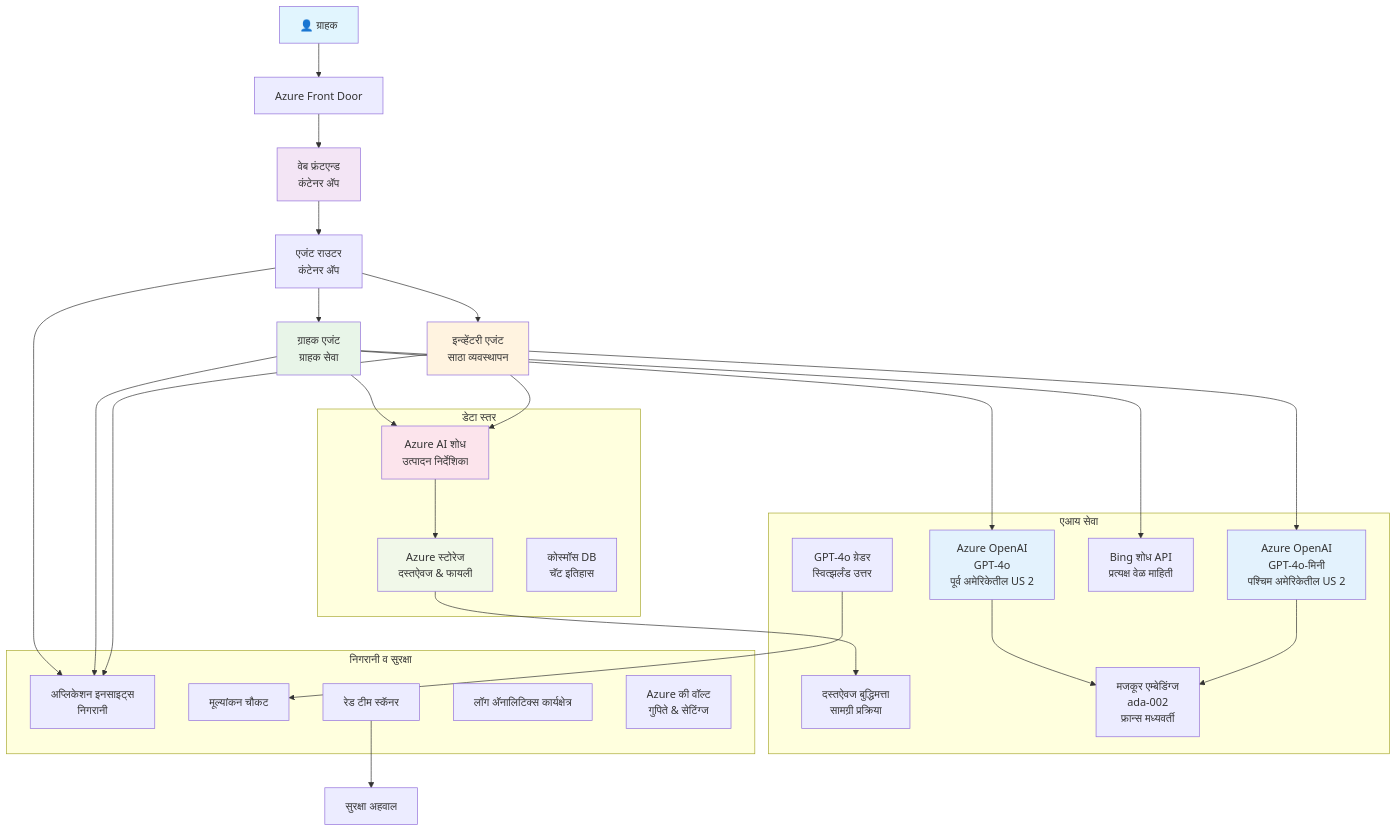
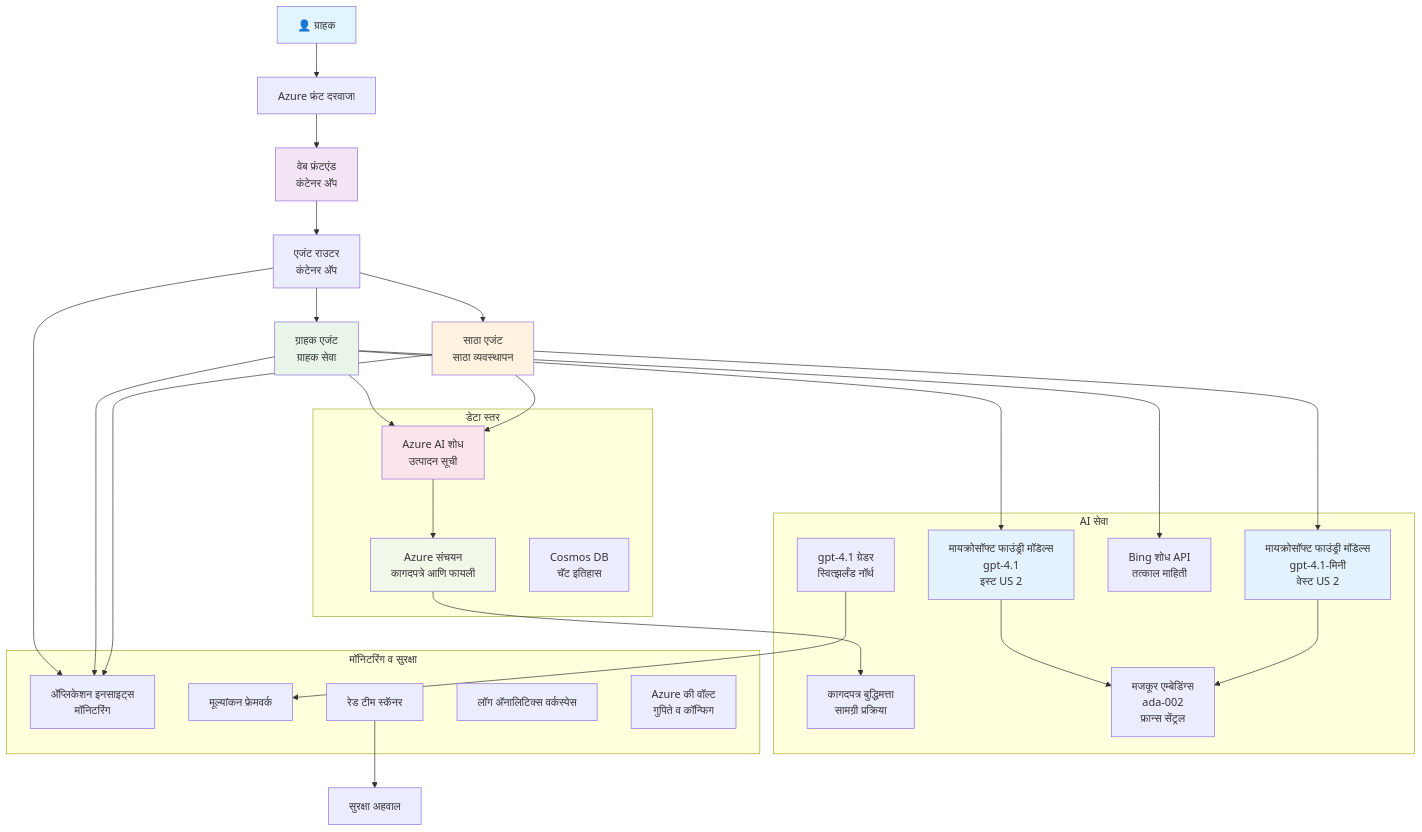
One commit to microsoft/AZD-for-beginners changed the diagram in translations/mr/examples/retail-scenario.md. Above: the diagram before and after it, drawn with Mermaid. The commit also changed other lines of this file and 101 other files, not shown here.

````diff
--- a/translations/mr/examples/retail-scenario.md
+++ b/translations/mr/examples/retail-scenario.md
@@ -139,61 +139,61 @@
 ```mermaid
 graph TB
-    User[👤 ग्राहक] --> LB[Azure Front Door]
-    LB --> WebApp[वेब फ्रंटएन्ड<br/>कंटेनर ॲप]
+    User[👤 ग्राहक] --> LB[Azure फ्रंट दरवाजा]
+    LB --> WebApp[वेब फ्रंटएंड<br/>कंटेनर अ‍ॅप]
     
-    WebApp --> Router[एजंट राउटर<br/>कंटेनर ॲप]
+    WebApp --> Router[एजंट राउटर<br/>कंटेनर अ‍ॅप]
     Router --> CustomerAgent[ग्राहक एजंट<br/>ग्राहक सेवा]
-    Router --> InvAgent[इन्व्हेंटरी एजंट<br/>साठा व्यवस्थापन]
+    Router --> InvAgent[साठा एजंट<br/>साठा व्यवस्थापन]
     
-    CustomerAgent --> OpenAI1[Azure OpenAI<br/>GPT-4o<br/>पूर्व अमेरिकेतील US 2]
-    InvAgent --> OpenAI2[Azure OpenAI<br/>GPT-4o-मिनी<br/>पश्चिम अमेरिकेतील US 2]
+    CustomerAgent --> OpenAI1[मायक्रोसॉफ्ट फाउंड्री मॉडेल्स<br/>gpt-4.1<br/>इस्ट US 2]
+    InvAgent --> OpenAI2[मायक्रोसॉफ्ट फाउंड्री मॉडेल्स<br/>gpt-4.1-मिनी<br/>वेस्ट US 2]
     
-    CustomerAgent --> AISearch[Azure AI शोध<br/>उत्पादन निर्देशिका]
-    CustomerAgent --> BingSearch[Bing शोध API<br/>प्रत्यक्ष वेळ माहिती]
+    CustomerAgent --> AISearch[Azure AI शोध<br/>उत्पादन सूची]
+    CustomerAgent --> BingSearch[Bing शोध API<br/>तत्काल माहिती]
     InvAgent --> AISearch
     
-    AISearch --> Storage[Azure स्टोरेज<br/>दस्तऐवज & फायली]
-    Storage --> DocIntel[दस्तऐवज बुद्धिमत्ता<br/>सामग्री प्रक्रिया]
+    AISearch --> Storage[Azure संचयन<br/>कागदपत्रे आणि फायली]
+    Storage --> DocIntel[कागदपत्र बुद्धिमत्ता<br/>सामग्री प्रक्रिया]
     
-    OpenAI1 --> Embeddings[मजकूर एम्बेडिंग्ज<br/>ada-002<br/>फ्रान्स मध्यवर्ती]
+    OpenAI1 --> Embeddings[मजकूर एम्बेडिंग्स<br/>ada-002<br/>फ्रान्स सेंट्रल]
     OpenAI2 --> Embeddings
     
-    Router --> AppInsights[अप्लिकेशन इनसाइट्स<br/>निगरानी]
+    Router --> AppInsights[अ‍ॅप्लिकेशन इनसाइट्स<br/>मॉनिटरिंग]
     CustomerAgent --> AppInsights
     InvAgent --> AppInsights
     
-    GraderModel[GPT-4o ग्रेडर<br/>स्वित्झर्लंड उत्तर] --> Evaluation[मूल्यांकन चौकट]
+    GraderModel[gpt-4.1 ग्रेडर<br/>स्वित्झर्लंड नॉर्थ] --> Evaluation[मूल्यांकन फ्रेमवर्क]
     RedTeam[रेड टीम स्कॅनर] --> SecurityReports[सुरक्षा अहवाल]
     
     subgraph "डेटा स्तर"
         Storage
         AISearch
-        CosmosDB[कोस्मॉस DB<br/>चॅट इतिहास]
+        CosmosDB[Cosmos DB<br/>चॅट इतिहास]
     end
     
-    subgraph "एआय सेवा"
+    subgraph "AI सेवा"
         OpenAI1
         OpenAI2
         Embeddings
         GraderModel
         DocIntel
         BingSearch
     end
     
-    subgraph "निगरानी व सुरक्षा"
+    subgraph "मॉनिटरिंग व सुरक्षा"
         AppInsights
-        LogAnalytics[लॉग अ‍ॅनालिटिक्स कार्यक्षेत्र]
-        KeyVault[Azure की वॉल्ट<br/>गुपिते & सेटिंग्ज]
+        LogAnalytics[लॉग अ‍ॅनालिटिक्स वर्कस्पेस]
+        KeyVault[Azure की वॉल्ट<br/>गुपिते व कॉन्फिग]
         RedTeam
         Evaluation
     end
     
     style User fill:#e1f5fe
     style WebApp fill:#f3e5f5
     style CustomerAgent fill:#e8f5e8
     style InvAgent fill:#fff3e0
     style OpenAI1 fill:#e3f2fd
     style OpenAI2 fill:#e3f2fd
     style AISearch fill:#fce4ec
     style Storage fill:#f1f8e9
 ```  
````
